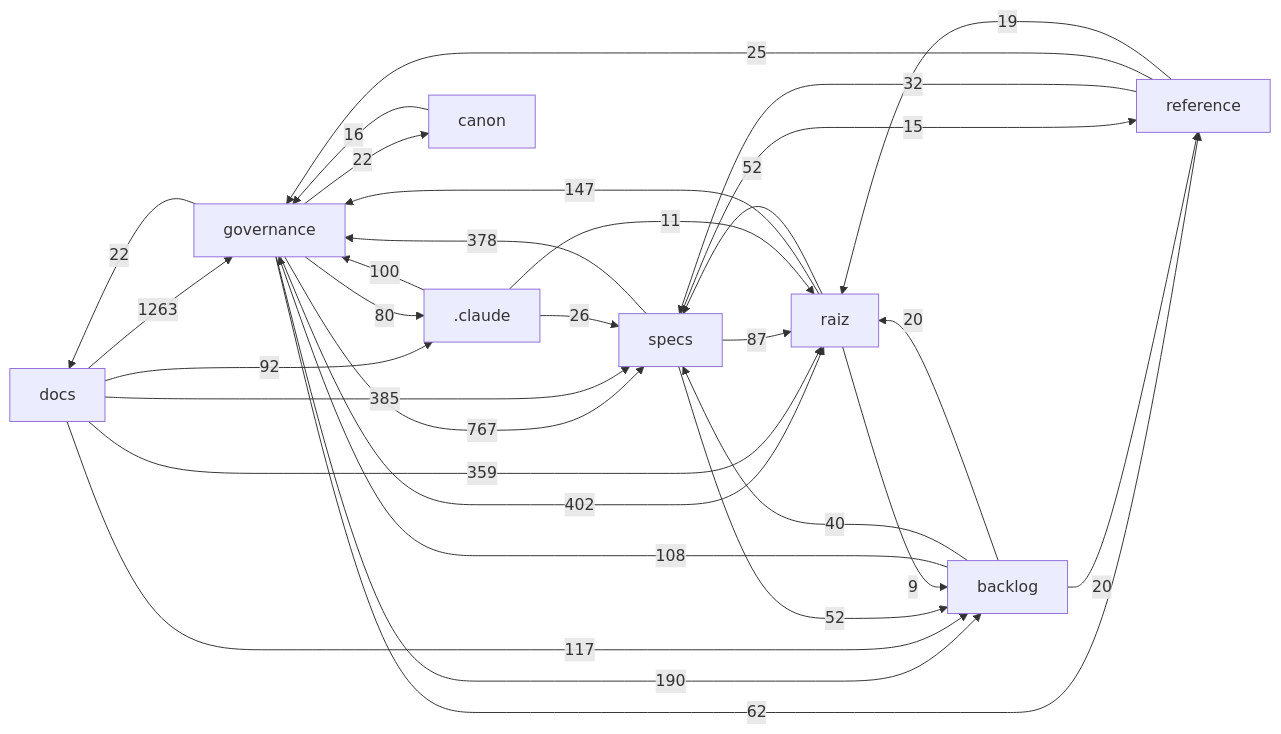
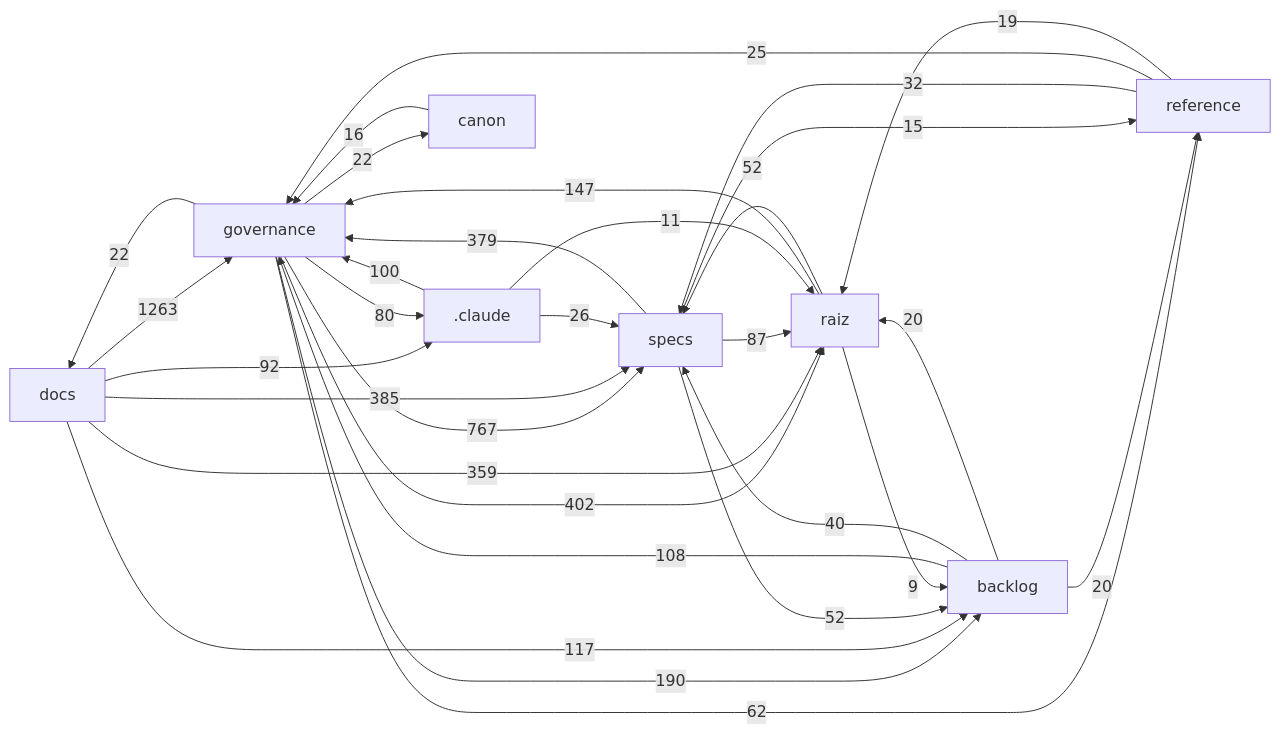
The diagram in docs/mapa/MAPA-PROJETO.md (Andraus35/Sistema-Operacional-de-Trading--SOT), drawn with Mermaid before and after one commit. The commit also changed other lines of this file and 3 other files, not shown here.

````diff
--- a/docs/mapa/MAPA-PROJETO.md
+++ b/docs/mapa/MAPA-PROJETO.md
@@ -29,33 +29,33 @@
 ```mermaid
 flowchart LR
   docs["docs"] -->|1263| governance["governance"]
   governance["governance"] -->|767| specs["specs"]
   governance["governance"] -->|402| raiz["raiz"]
   docs["docs"] -->|385| specs["specs"]
-  specs["specs"] -->|378| governance["governance"]
+  specs["specs"] -->|379| governance["governance"]
   docs["docs"] -->|359| raiz["raiz"]
   governance["governance"] -->|190| backlog["backlog"]
   raiz["raiz"] -->|147| governance["governance"]
   docs["docs"] -->|117| backlog["backlog"]
   backlog["backlog"] -->|108| governance["governance"]
   _claude[".claude"] -->|100| governance["governance"]
   docs["docs"] -->|92| _claude[".claude"]
   specs["specs"] -->|87| raiz["raiz"]
   governance["governance"] -->|80| _claude[".claude"]
   governance["governance"] -->|62| reference["reference"]
   raiz["raiz"] -->|52| specs["specs"]
   specs["specs"] -->|52| backlog["backlog"]
   backlog["backlog"] -->|40| specs["specs"]
   reference["reference"] -->|32| specs["specs"]
   _claude[".claude"] -->|26| specs["specs"]
   reference["reference"] -->|25| governance["governance"]
   governance["governance"] -->|22| docs["docs"]
   governance["governance"] -->|22| canon["canon"]
   backlog["backlog"] -->|20| raiz["raiz"]
   backlog["backlog"] -->|20| reference["reference"]
   reference["reference"] -->|19| raiz["raiz"]
   canon["canon"] -->|16| governance["governance"]
   specs["specs"] -->|15| reference["reference"]
   _claude[".claude"] -->|11| raiz["raiz"]
   raiz["raiz"] -->|9| backlog["backlog"]
 ```
````
